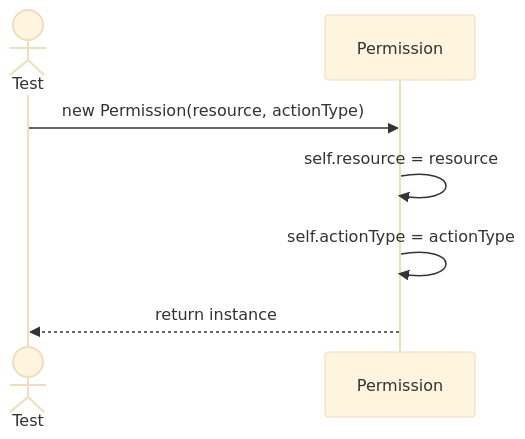
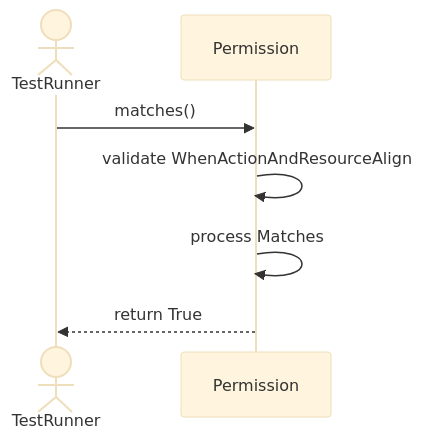
One commit to TamBui1706/DBMS changed the second of 5 diagrams in Sequences/SecurityAccessControl/Permission.md. Above: the diagram before and after it, drawn with Mermaid (base theme). The commit also changed other lines of this file and 63 other files, not shown here.

Commit message:
Draw sequence diagram for unit tests

````diff
--- a/Sequences/SecurityAccessControl/Permission.md
+++ b/Sequences/SecurityAccessControl/Permission.md
@@ -14,10 +30,9 @@
 ```mermaid
 sequenceDiagram
-    actor Test
+    actor TestRunner
     participant Permission
-
-    Test->>Permission: new Permission(resource, actionType)
-    Permission->>Permission: self.resource = resource
-    Permission->>Permission: self.actionType = actionType
-    Permission-->>Test: return instance
+    TestRunner->>Permission: matches()
+    Permission->>Permission: validate WhenActionAndResourceAlign
+    Permission->>Permission: process Matches
+    Permission-->>TestRunner: return True
 ```
````
